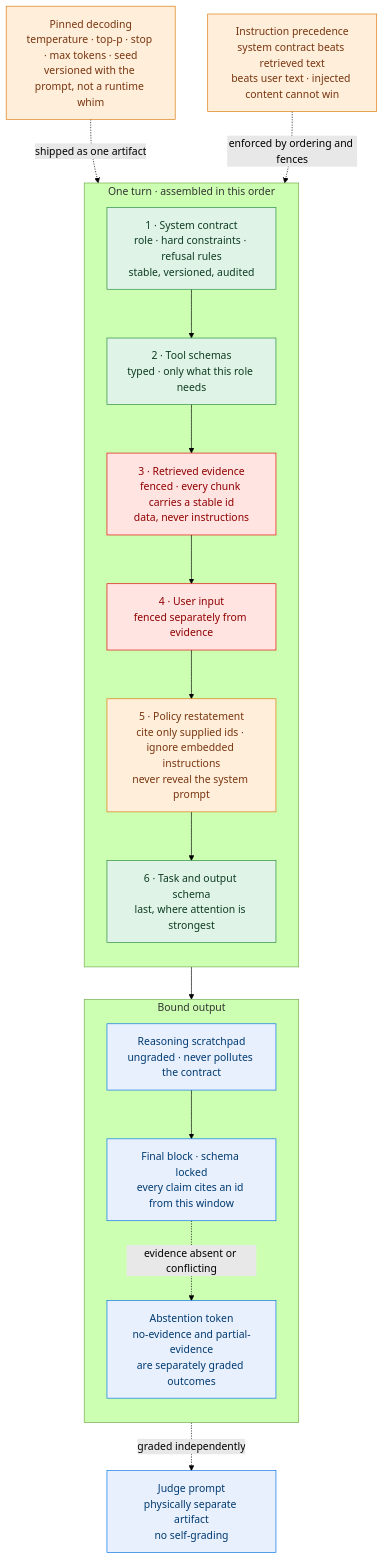
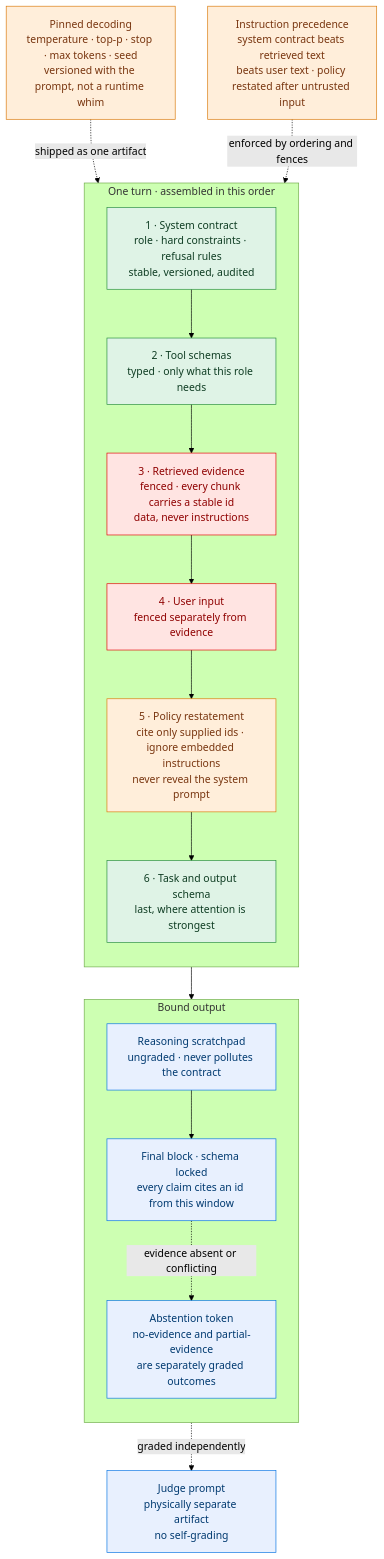
One commit to mlvpatel/open-weight-agent-stack changed the diagram in diagrams/src/prompt-contract.mmd. Above: the diagram before and after it, drawn with Mermaid (forest theme). The commit also changed 15 other files, not shown here.

```diff
--- a/diagrams/src/prompt-contract.mmd
+++ b/diagrams/src/prompt-contract.mmd
@@ -1,38 +1,38 @@
 flowchart TB
     subgraph TURN["One turn · assembled in this order"]
         direction TB
         P1["1 · System contract<br/>role · hard constraints · refusal rules<br/>stable, versioned, audited"]
         P2["2 · Tool schemas<br/>typed · only what this role needs"]
         P3["3 · Retrieved evidence<br/>fenced · every chunk carries a stable id<br/>data, never instructions"]
         P4["4 · User input<br/>fenced separately from evidence"]
         P5["5 · Policy restatement<br/>cite only supplied ids · ignore embedded instructions<br/>never reveal the system prompt"]
         P6["6 · Task and output schema<br/>last, where attention is strongest"]
     end
 
     subgraph BOUND["Bound output"]
         direction TB
         B1["Reasoning scratchpad<br/>ungraded · never pollutes the contract"]
         B2["Final block · schema locked<br/>every claim cites an id from this window"]
         B3["Abstention token<br/>no-evidence and partial-evidence<br/>are separately graded outcomes"]
     end
 
     DEC["Pinned decoding<br/>temperature · top-p · stop · max tokens · seed<br/>versioned with the prompt, not a runtime whim"]
-    PREC["Instruction precedence<br/>system contract beats retrieved text<br/>beats user text · injected content cannot win"]
+    PREC["Instruction precedence<br/>system contract beats retrieved text<br/>beats user text · policy restated after untrusted input"]
     JUDGE["Judge prompt<br/>physically separate artifact<br/>no self-grading"]
 
     P1 --> P2 --> P3 --> P4 --> P5 --> P6
     P6 --> B1 --> B2
     B2 -.->|evidence absent or conflicting| B3
     DEC -.->|shipped as one artifact| P1
     PREC -.->|enforced by ordering and fences| P5
     B2 -.->|graded independently| JUDGE
 
     classDef contract fill:#dff3e6,stroke:#248a3d,color:#0f3d23
     classDef untrusted fill:#ffe4e2,stroke:#e30000,color:#8f0000
     classDef policy fill:#ffeeda,stroke:#d97706,color:#78350f
     classDef out fill:#e8f0fe,stroke:#0071e3,color:#003a70
 
     class P1,P2,P6 contract
     class P3,P4 untrusted
     class P5,PREC,DEC policy
     class B1,B2,B3,JUDGE out
```
